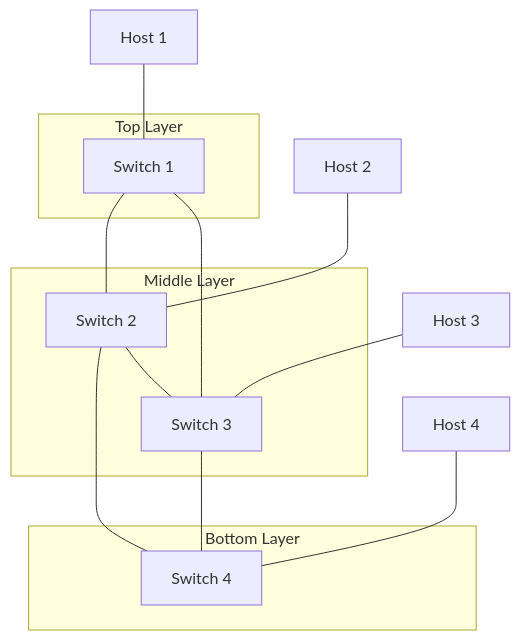
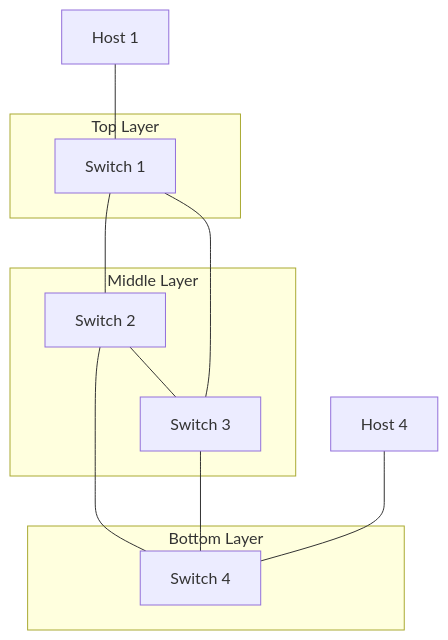
Before and after one commit to KarrimorRifle/SDN: the diagram in phase_2/README.md, drawn with Mermaid. The commit also changed other lines of this file and 1 other file, not shown here.

Commit message:
Adjust for only two hosts

````diff
--- a/phase_2/README.md
+++ b/phase_2/README.md
@@ -14,33 +14,31 @@
 ```mermaid
 graph TD
   %% Top Layer
   subgraph Top Layer
     S1[Switch 1]
   end
 
   %% Middle Layer
   subgraph Middle Layer
     S2[Switch 2]
     S3[Switch 3]
   end
 
   %% Bottom Layer
   subgraph Bottom Layer
     S4[Switch 4]
   end
 
   %% Inter-layer connections (each switch connects to all switches in adjacent layers)
   S1 --- S2
   S1 --- S3
   S2 --- S4
   S3 --- S4
 
   %% Intra-middle layer connection (neighbors can talk)
   S2 --- S3
 
-  %% Hosts: one host per switch
+  %% Hosts:
   H1[Host 1] --- S1
-  H2[Host 2] --- S2
-  H3[Host 3] --- S3
   H4[Host 4] --- S4
 ```
````
